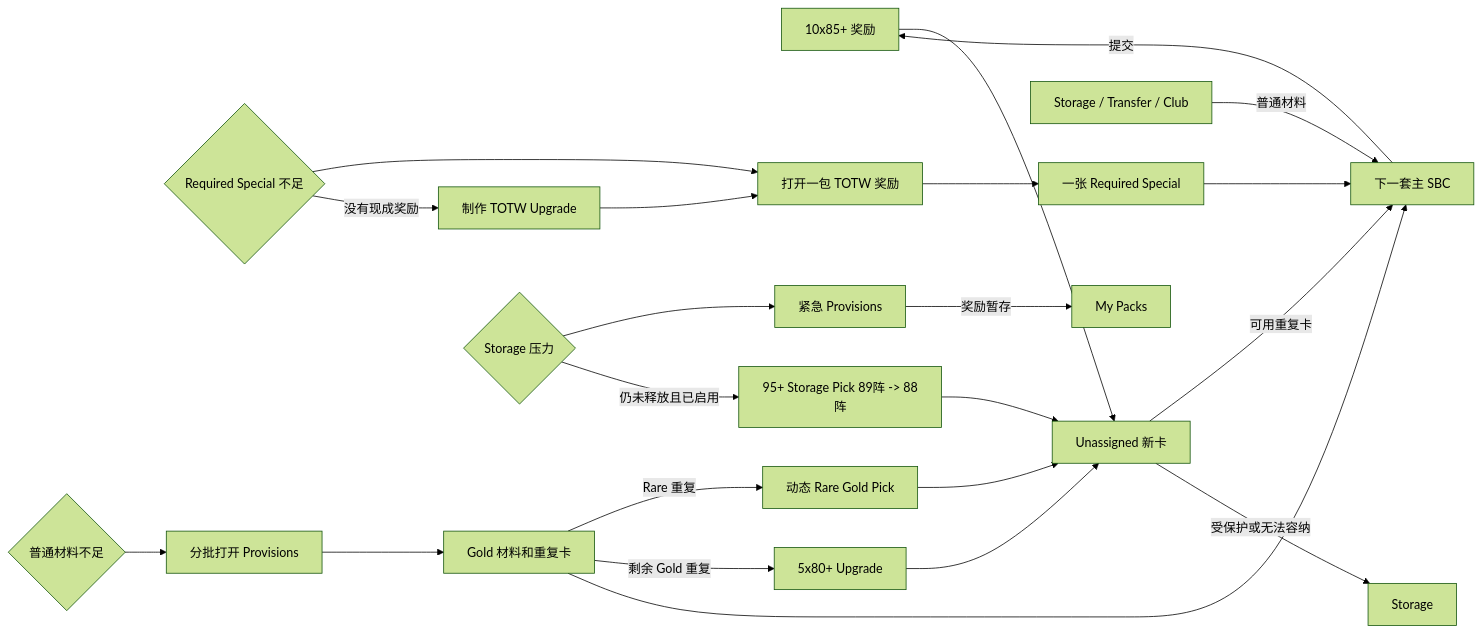
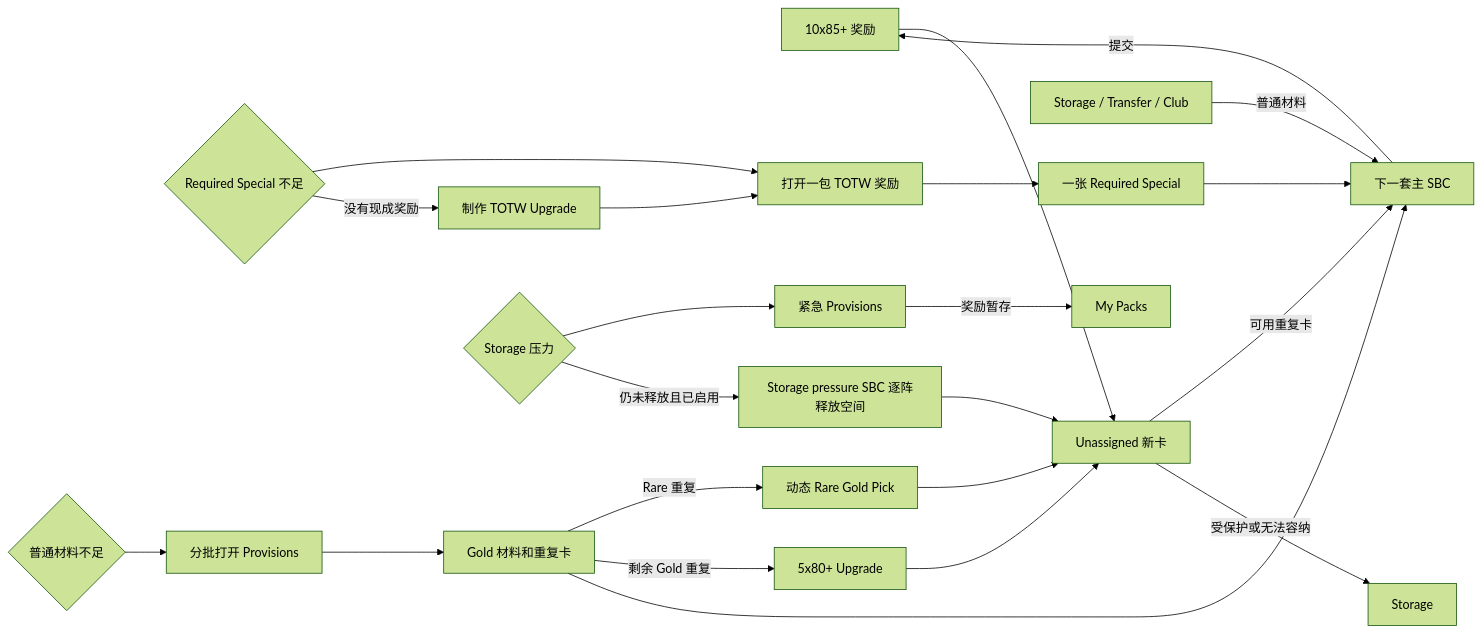
The second of 2 diagrams in docs/10X85_ROLLING_LOOP_GUIDE_ZH.md (ShatteredLancer/DailyLoopRunner), drawn with Mermaid (forest theme) before and after one commit. The commit also changed other lines of this file and 38 other files, not shown here.

````diff
--- a/docs/10X85_ROLLING_LOOP_GUIDE_ZH.md
+++ b/docs/10X85_ROLLING_LOOP_GUIDE_ZH.md
@@ -209,27 +227,27 @@
 ```mermaid
 flowchart LR
     P[10x85+ 奖励] --> U[Unassigned 新卡]
     U -->|可用重复卡| M[下一套主 SBC]
     U -->|受保护或无法容纳| S[Storage]
     I[Storage / Transfer / Club] -->|普通材料| M
     R[一张 Required Special] --> M
     M -->|提交| P
 
     T{Required Special 不足} --> TP[打开一包 TOTW 奖励]
     TP --> R
     T -->|没有现成奖励| TS[制作 TOTW Upgrade]
     TS --> TP
 
     F{普通材料不足} --> PP[分批打开 Provisions]
     PP --> G[Gold 材料和重复卡]
     G -->|Rare 重复| Q[动态 Rare Gold Pick]
     G -->|剩余 Gold 重复| X[5x80+ Upgrade]
     G --> M
     Q --> U
     X --> U
 
     H{Storage 压力} --> EP[紧急 Provisions]
     EP -->|奖励暂存| PK[My Packs]
-    H -->|仍未释放且已启用| SP[95+ Storage Pick 89阵 -> 88阵]
+    H -->|仍未释放且已启用| SP[Storage pressure SBC 逐阵释放空间]
     SP --> U
 ```
````
